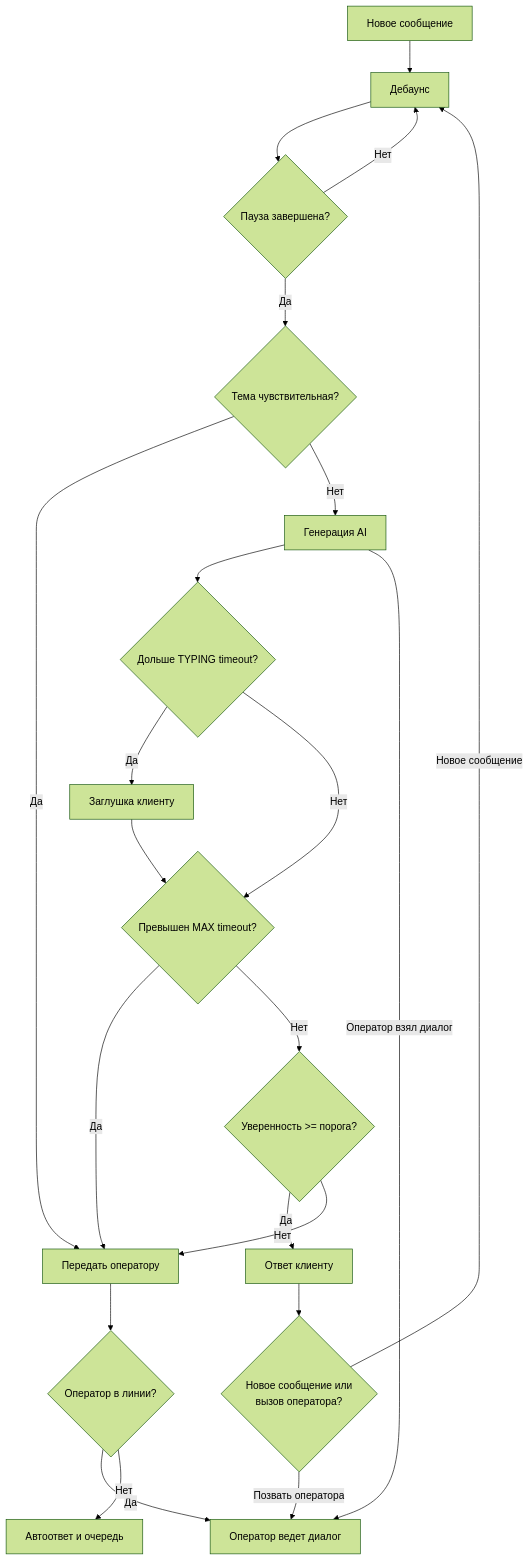
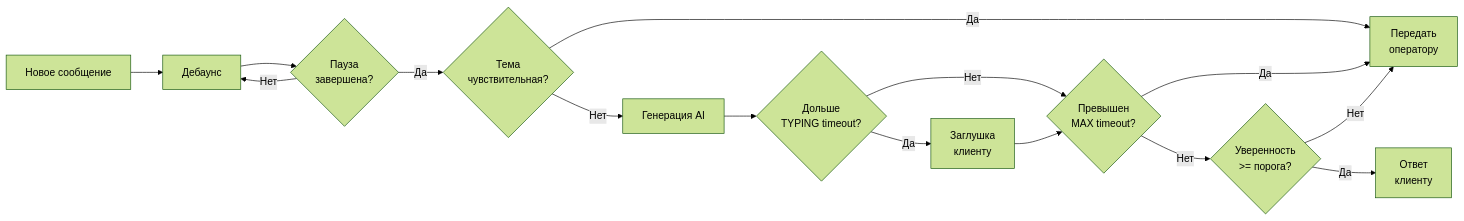
One commit to Kurganskyi/yandex_edu changed the second of 3 diagrams in portfolio/test_tasks/claude/kurganskii_anton_test_task_ai_operator.md. Above: the diagram before and after it, drawn with Mermaid (forest theme). The commit also changed other lines of this file and 3 other files, not shown here.

````diff
--- a/portfolio/test_tasks/claude/kurganskii_anton_test_task_ai_operator.md
+++ b/portfolio/test_tasks/claude/kurganskii_anton_test_task_ai_operator.md
@@ -345,30 +347,20 @@
 ```mermaid
-flowchart TD
+flowchart LR
     A[Новое сообщение] --> B[Дебаунс]
-    B --> C{Пауза завершена?}
+    B --> C{Пауза<br/>завершена?}
     C -- Нет --> B
-    C -- Да --> D{Тема чувствительная?}
+    C -- Да --> D{Тема<br/>чувствительная?}
 
-    D -- Да --> O[Передать оператору]
+    D -- Да --> O[Передать<br/>оператору]
     D -- Нет --> E[Генерация AI]
 
-    E --> F{Дольше TYPING timeout?}
-    F -- Да --> G[Заглушка клиенту]
-    F -- Нет --> J{Превышен MAX timeout?}
+    E --> F{Дольше<br/>TYPING timeout?}
+    F -- Да --> G[Заглушка<br/>клиенту]
+    F -- Нет --> J{Превышен<br/>MAX timeout?}
     G --> J
     J -- Да --> O
-    J -- Нет --> H{Уверенность >= порога?}
+    J -- Нет --> H{Уверенность<br/>>= порога?}
 
-    H -- Да --> I[Ответ клиенту]
+    H -- Да --> I[Ответ<br/>клиенту]
     H -- Нет --> O
-
-    I --> K{Новое сообщение или<br/>вызов оператора?}
-    K -- Новое сообщение --> B
-    K -- Позвать оператора --> P[Оператор ведет диалог]
-
-    O --> L{Оператор в линии?}
-    L -- Да --> P
-    L -- Нет --> M[Автоответ и очередь]
-
-    E -- Оператор взял диалог --> P
 ```
````
